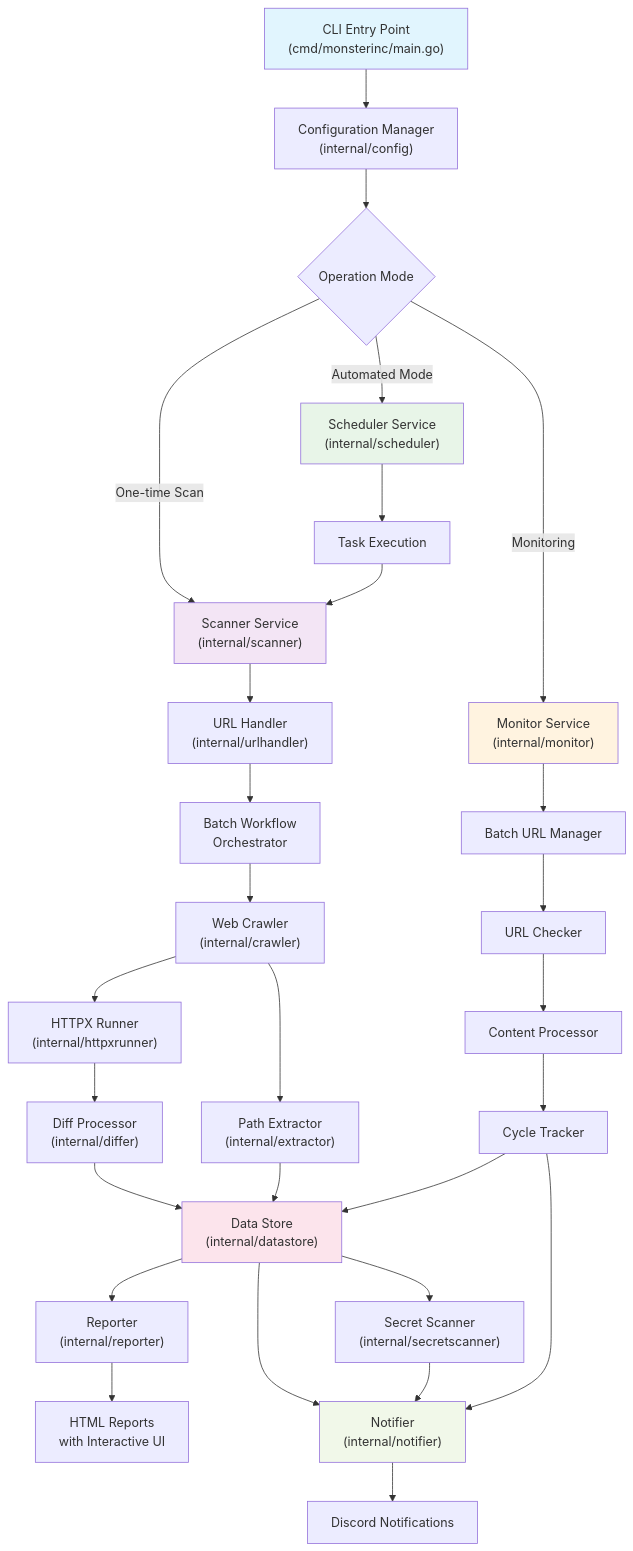
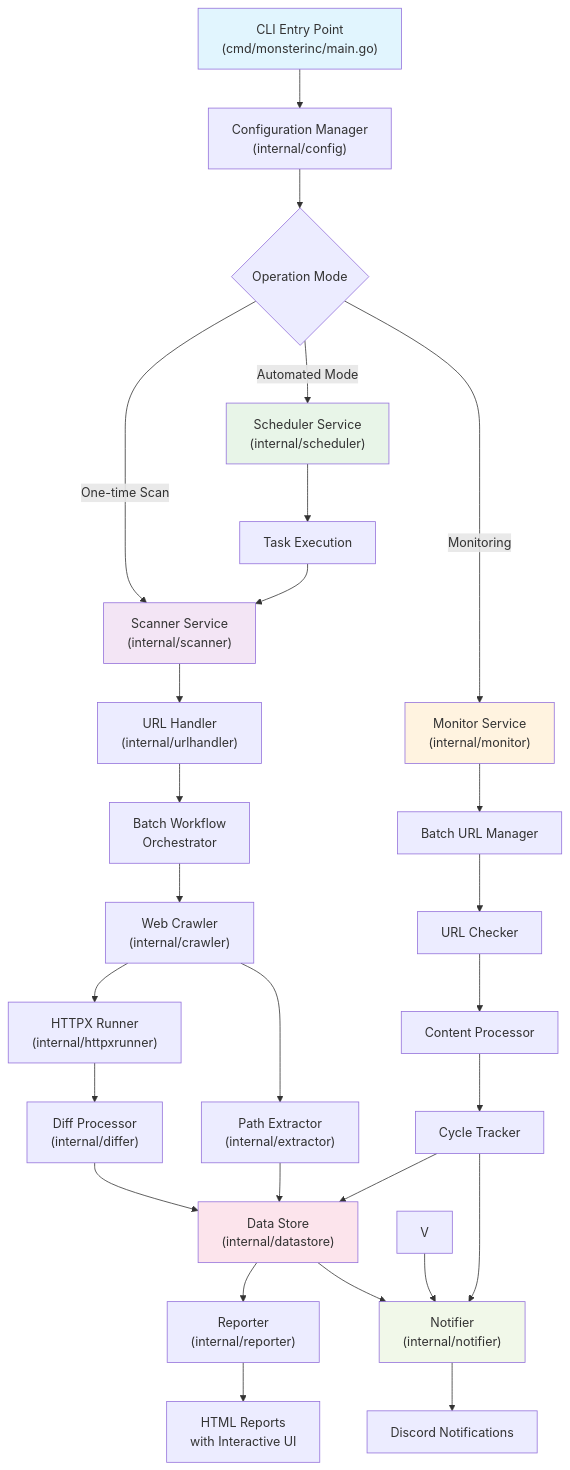
One commit to aleister1102/monsterinc changed the diagram in README.md. Above: the diagram before and after it, drawn with Mermaid. The commit also changed other lines of this file and 32 other files, not shown here.

````diff
--- a/README.md
+++ b/README.md
@@ -128,46 +124,46 @@
 ```mermaid
 graph TD
     A["CLI Entry Point<br/>(cmd/monsterinc/main.go)"] --> B["Configuration Manager<br/>(internal/config)"]
     B --> C{"Operation Mode"}
     
     C -->|One-time Scan| D["Scanner Service<br/>(internal/scanner)"]
     C -->|Automated Mode| E["Scheduler Service<br/>(internal/scheduler)"]
     C -->|Monitoring| F["Monitor Service<br/>(internal/monitor)"]
     
     D --> G["URL Handler<br/>(internal/urlhandler)"]
     G --> H["Batch Workflow<br/>Orchestrator"]
     
     H --> I["Web Crawler<br/>(internal/crawler)"]
     I --> J["HTTPX Runner<br/>(internal/httpxrunner)"]
     J --> K["Diff Processor<br/>(internal/differ)"]
     K --> L["Data Store<br/>(internal/datastore)"]
     
     L --> M["Reporter<br/>(internal/reporter)"]
     M --> N["HTML Reports<br/>with Interactive UI"]
     
     L --> O["Notifier<br/>(internal/notifier)"]
     O --> P["Discord Notifications"]
     
     E --> Q["Task Execution"]
     Q --> D
     
     F --> R["Batch URL Manager"]
     R --> S["URL Checker"]
     S --> T["Content Processor"]
     T --> U["Cycle Tracker"]
     U --> L
     U --> O
     
-    L --> V["Secret Scanner<br/>(internal/secretscanner)"]
+    
     V --> O
     
     I --> W["Path Extractor<br/>(internal/extractor)"]
     W --> L
     
     style A fill:#e1f5fe
     style D fill:#f3e5f5
     style E fill:#e8f5e8
     style F fill:#fff3e0
     style L fill:#fce4ec
     style O fill:#f1f8e9
 ```
````
